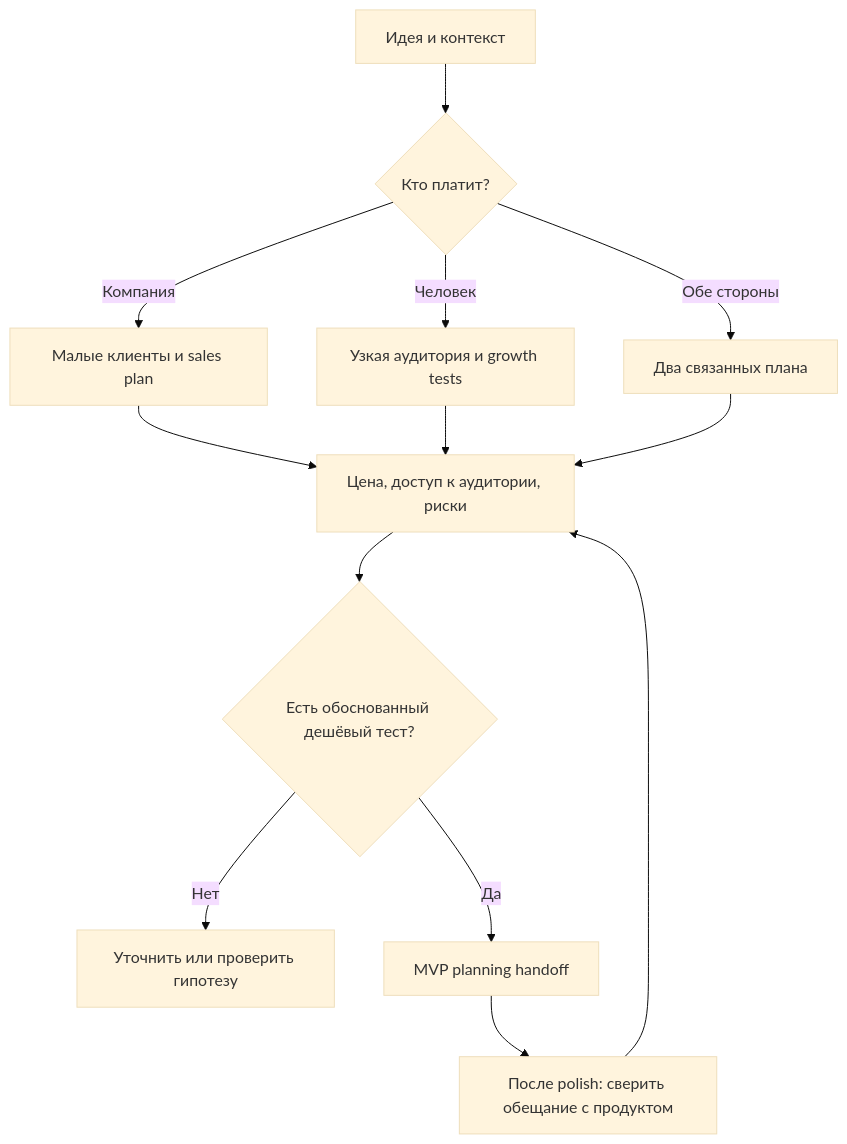
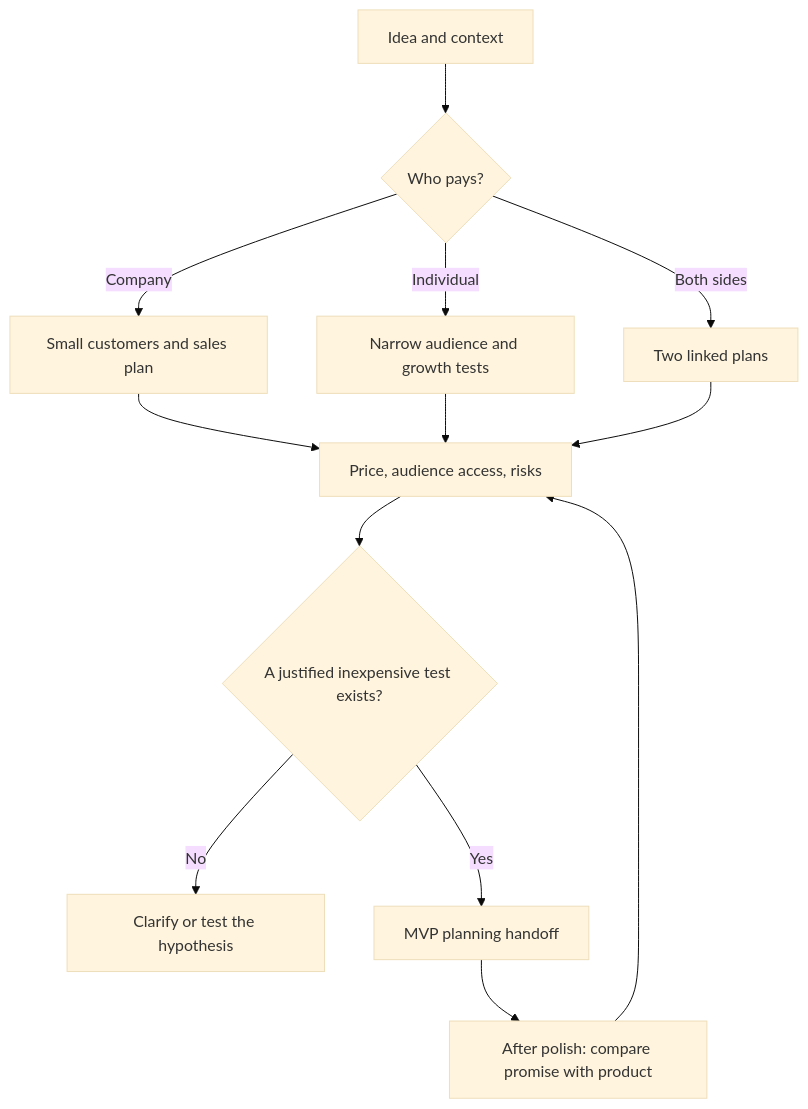
Before and after one commit to zxc0zxc0zxc/palarran-framework: the diagram in docs/product/go-to-market.md, drawn with Mermaid (base theme). The commit also changed other lines of this file and 783 other files, not shown here.

````diff
--- a/docs/product/go-to-market.md
+++ b/docs/product/go-to-market.md
@@ -9,15 +9,15 @@
 ```mermaid
 flowchart TD
-    A[Идея и контекст] --> B{Кто платит?}
-    B -->|Компания| C[Малые клиенты и sales plan]
-    B -->|Человек| D[Узкая аудитория и growth tests]
-    B -->|Обе стороны| E[Два связанных плана]
-    C --> F[Цена, доступ к аудитории, риски]
+    A[Idea and context] --> B{Who pays?}
+    B -->|Company| C[Small customers and sales plan]
+    B -->|Individual| D[Narrow audience and growth tests]
+    B -->|Both sides| E[Two linked plans]
+    C --> F[Price, audience access, risks]
     D --> F
     E --> F
-    F --> G{Есть обоснованный дешёвый тест?}
-    G -->|Нет| H[Уточнить или проверить гипотезу]
-    G -->|Да| I[MVP planning handoff]
-    I --> J[После polish: сверить обещание с продуктом]
+    F --> G{A justified inexpensive test exists?}
+    G -->|No| H[Clarify or test the hypothesis]
+    G -->|Yes| I[MVP planning handoff]
+    I --> J[After polish: compare promise with product]
     J --> F
 ```
````
